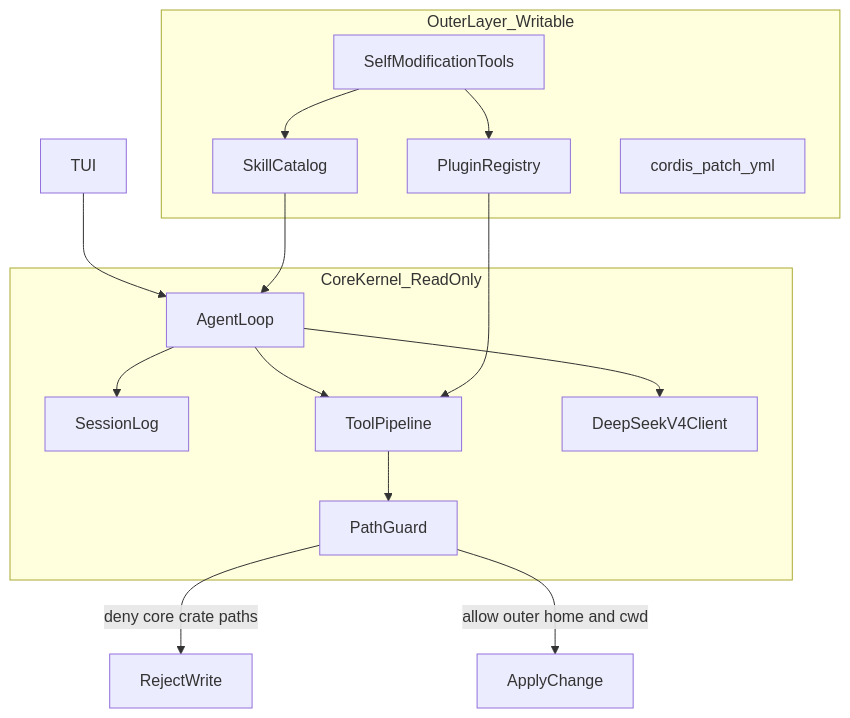
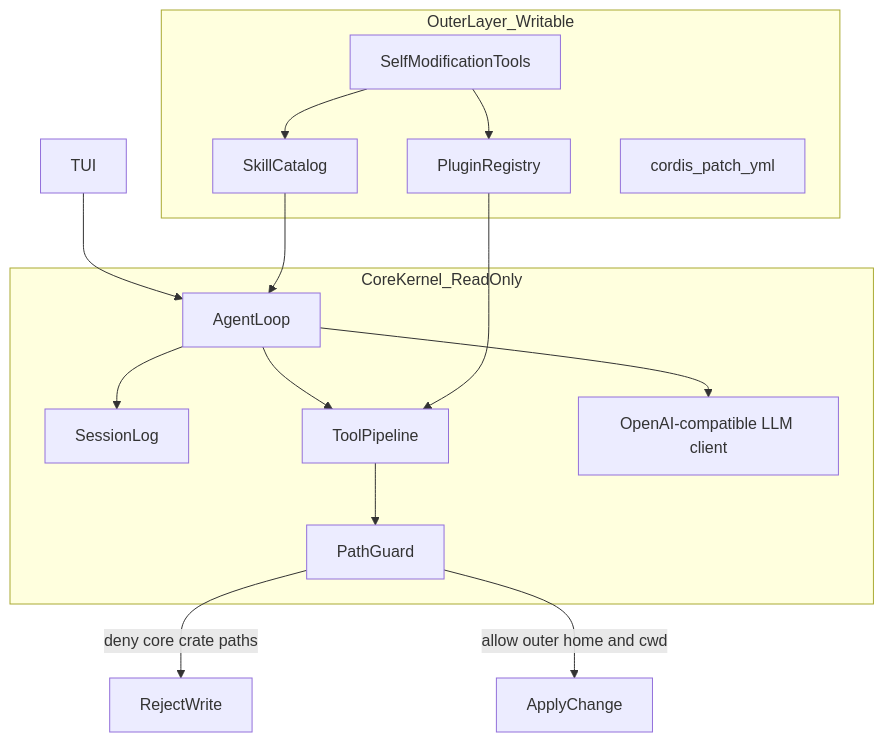
The diagram in README.md (Ar1haraNaN7mI/deepseek-harness-rust-optimize), drawn with Mermaid before and after one commit. The commit also changed other lines of this file and 127 other files, not shown here.

Commit message:
Integrate optional startup sequences and React Harness workspace

````diff
--- a/README.md
+++ b/README.md
@@ -63,27 +134,27 @@
 ```mermaid
 flowchart TB
   subgraph outer [OuterLayer_Writable]
     Plugins[PluginRegistry]
     Skills[SkillCatalog]
     Overlay[cordis_patch_yml]
     SelfMod[SelfModificationTools]
   end
   subgraph core [CoreKernel_ReadOnly]
     Loop[AgentLoop]
     Session[SessionLog]
     Tools[ToolPipeline]
-    LLM[DeepSeekV4Client]
+    LLM[OpenAI-compatible LLM client]
     Guard[PathGuard]
   end
   TUI[TUI] --> Loop
   Loop --> Session
   Loop --> LLM
   Loop --> Tools
   Tools --> Guard
   SelfMod --> Plugins
   SelfMod --> Skills
   Plugins --> Tools
   Skills --> Loop
   Guard -->|"deny core crate paths"| Blocked[RejectWrite]
   Guard -->|"allow outer home and cwd"| Allowed[ApplyChange]
 ```
````
